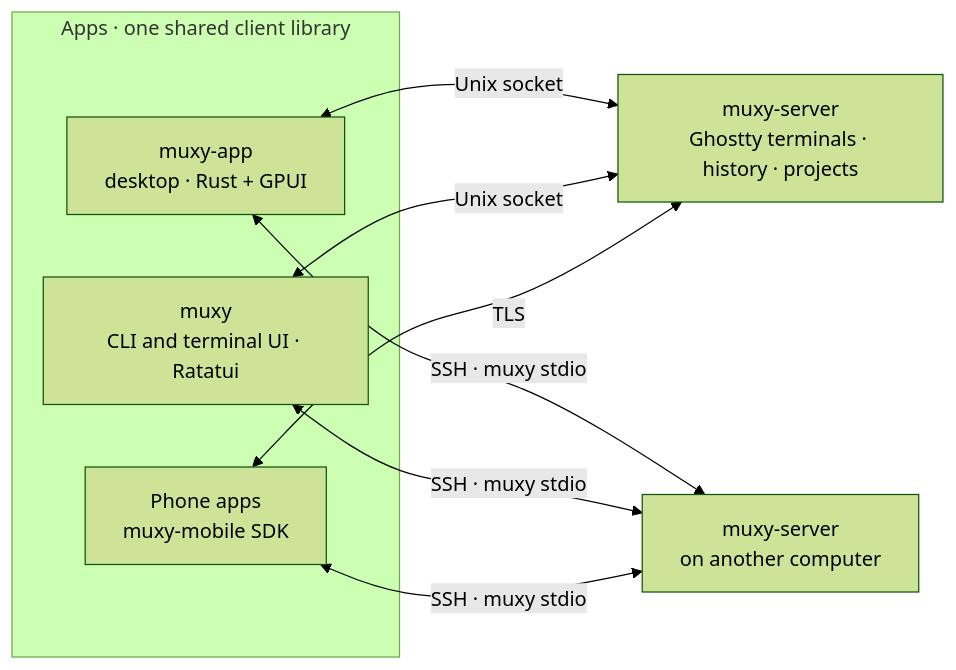
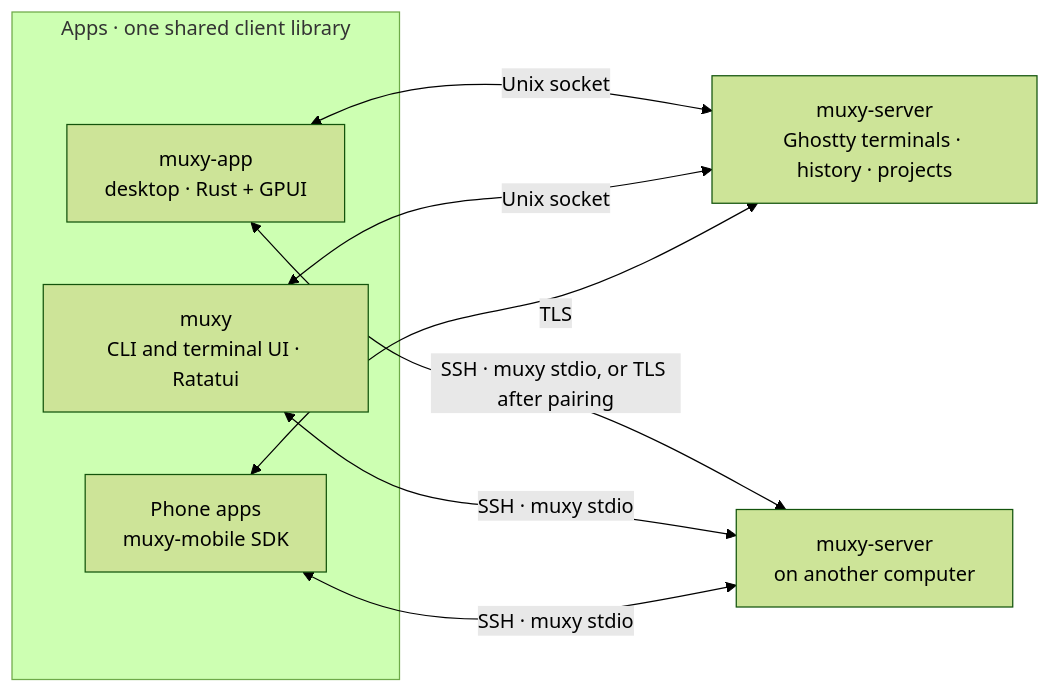
One commit to muxy-app/muxy changed the diagram in docs/tech/README.md. Above: the diagram before and after it, drawn with Mermaid (forest theme). The commit also changed 79 other files, not shown here.

First line of the commit message:
Add desktop pairing for remote servers (#1251)

````diff
--- a/docs/tech/README.md
+++ b/docs/tech/README.md
@@ -5,16 +5,16 @@
 ```mermaid
 flowchart LR
     subgraph APPS["Apps · one shared client library"]
         DESKTOP["muxy-app<br/>desktop · Rust + GPUI"]
         TUI["muxy<br/>CLI and terminal UI · Ratatui"]
         PHONE["Phone apps<br/>muxy-mobile SDK"]
     end
     SERVER["muxy-server<br/>Ghostty terminals · history · projects"]
     REMOTE["muxy-server<br/>on another computer"]
     DESKTOP <-->|"Unix socket"| SERVER
     TUI <-->|"Unix socket"| SERVER
-    DESKTOP <-->|"SSH · muxy stdio"| REMOTE
+    DESKTOP <-->|"SSH · muxy stdio, or TLS after pairing"| REMOTE
     TUI <-->|"SSH · muxy stdio"| REMOTE
     PHONE <-->|"TLS"| SERVER
     PHONE <-->|"SSH · muxy stdio"| REMOTE
 ```
````
